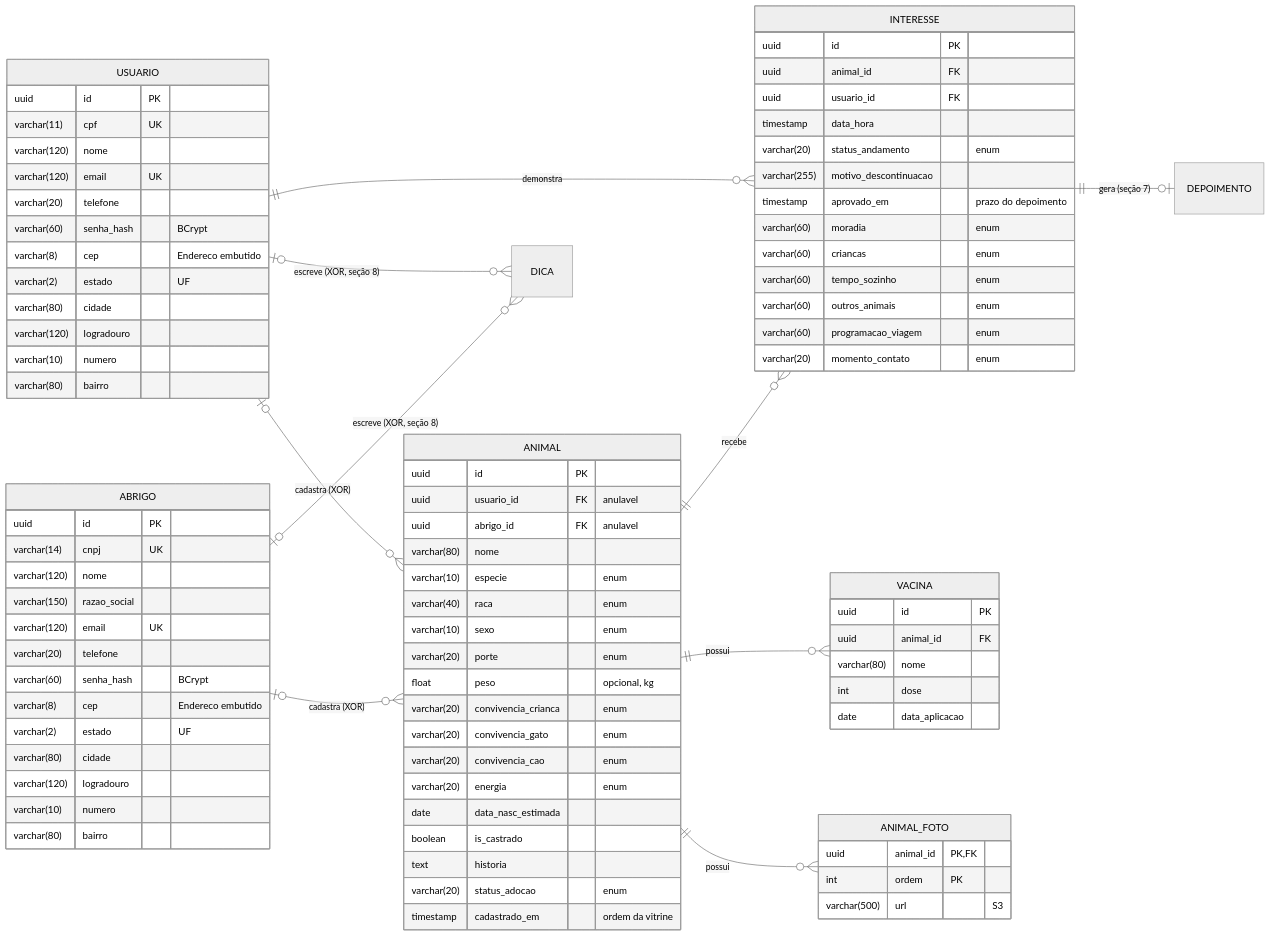
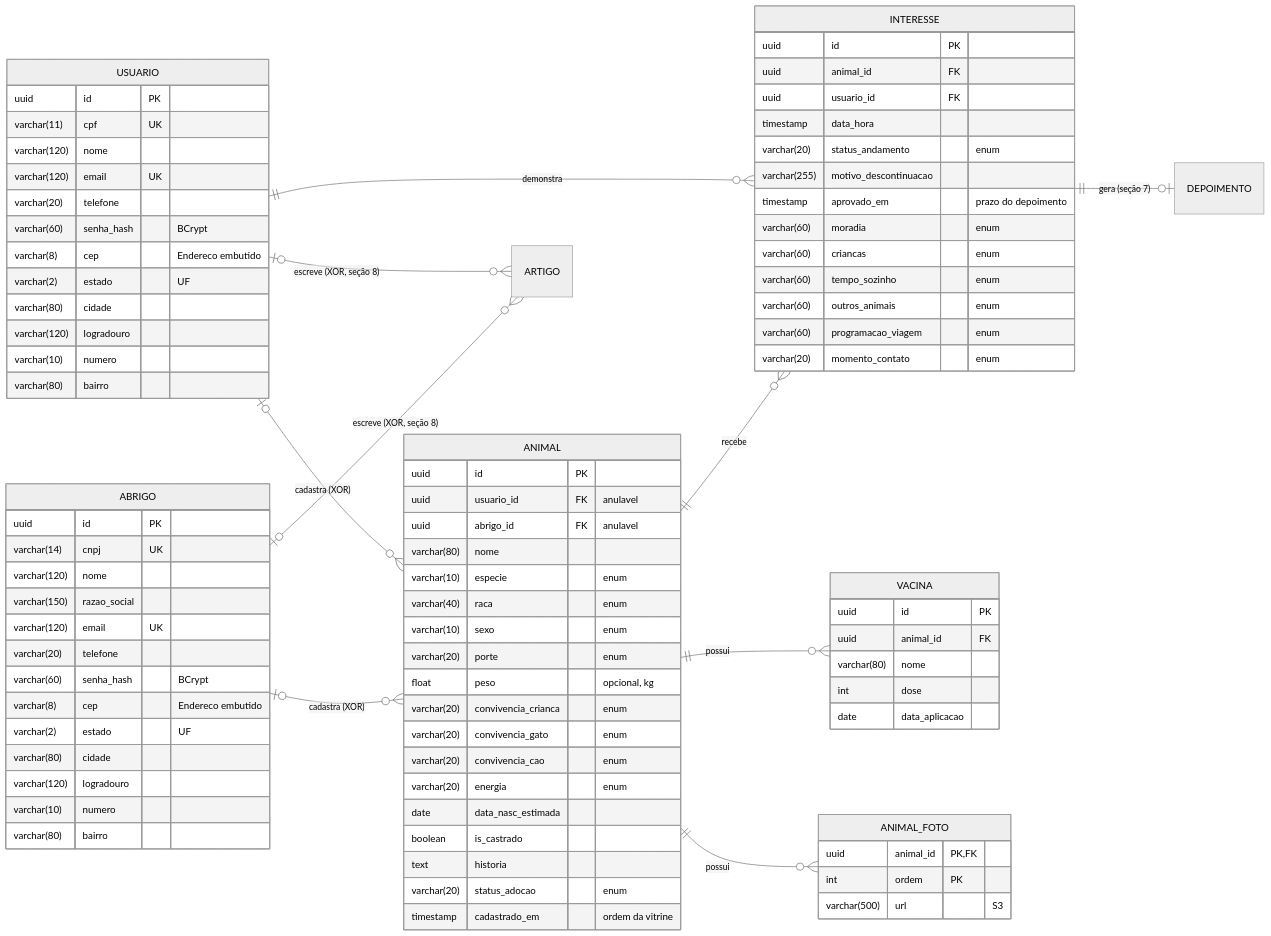
One commit to HayrineQueirozdeLima/Adota-Aqui changed the first of 6 diagrams in docs/diagramas/diagramas-adota-aqui.md. Above: the diagram before and after it, drawn with Mermaid (neutral theme). The commit also changed other lines of this file and 48 other files, not shown here.

```diff
--- a/docs/diagramas/diagramas-adota-aqui.md
+++ b/docs/diagramas/diagramas-adota-aqui.md
@@ -90,8 +90,8 @@
     ANIMAL ||--o{ VACINA : "possui"
     ANIMAL ||--o{ ANIMAL_FOTO : "possui"
     INTERESSE ||--o| DEPOIMENTO : "gera (seção 7)"
-    USUARIO |o--o{ DICA : "escreve (XOR, seção 8)"
-    ABRIGO |o--o{ DICA : "escreve (XOR, seção 8)"
+    USUARIO |o--o{ ARTIGO : "escreve (XOR, seção 8)"
+    ABRIGO |o--o{ ARTIGO : "escreve (XOR, seção 8)"
 
     USUARIO {
         uuid id PK
```
